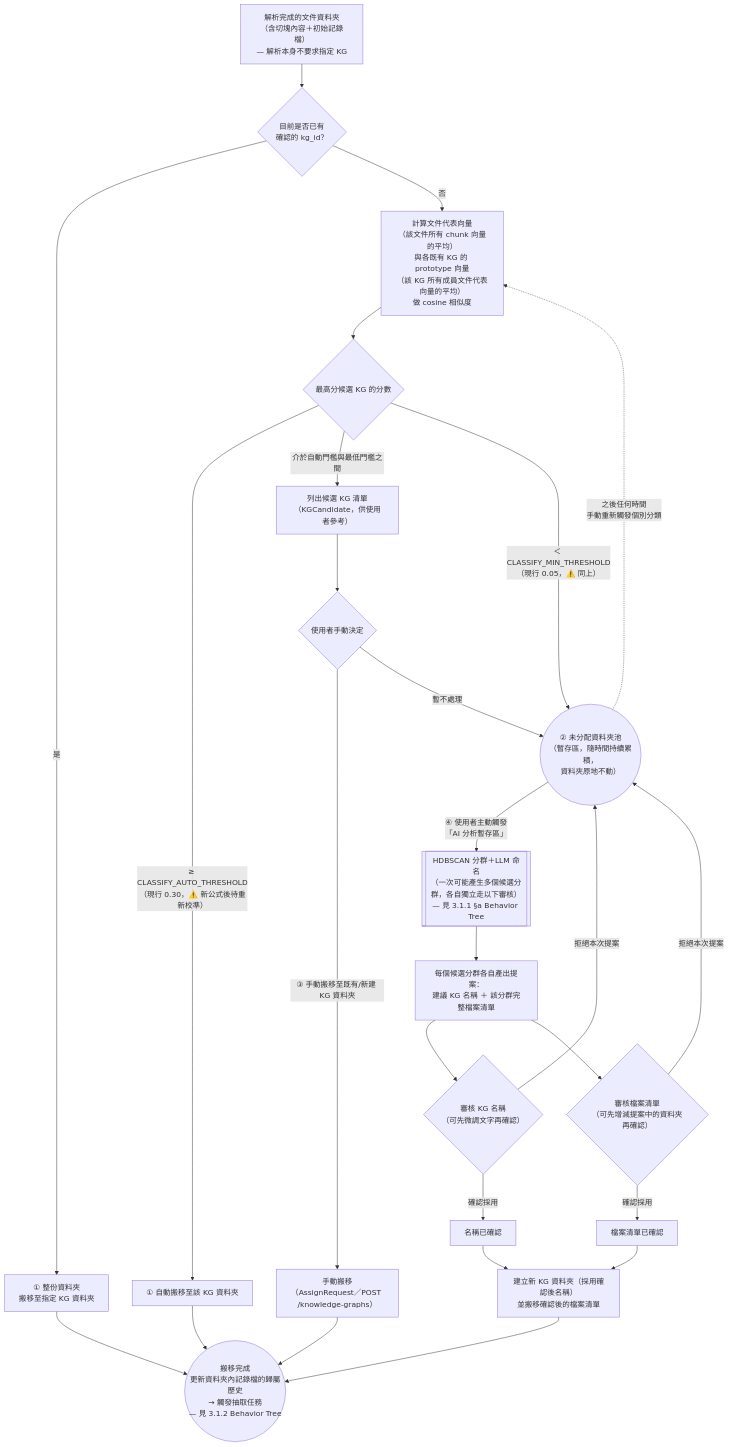
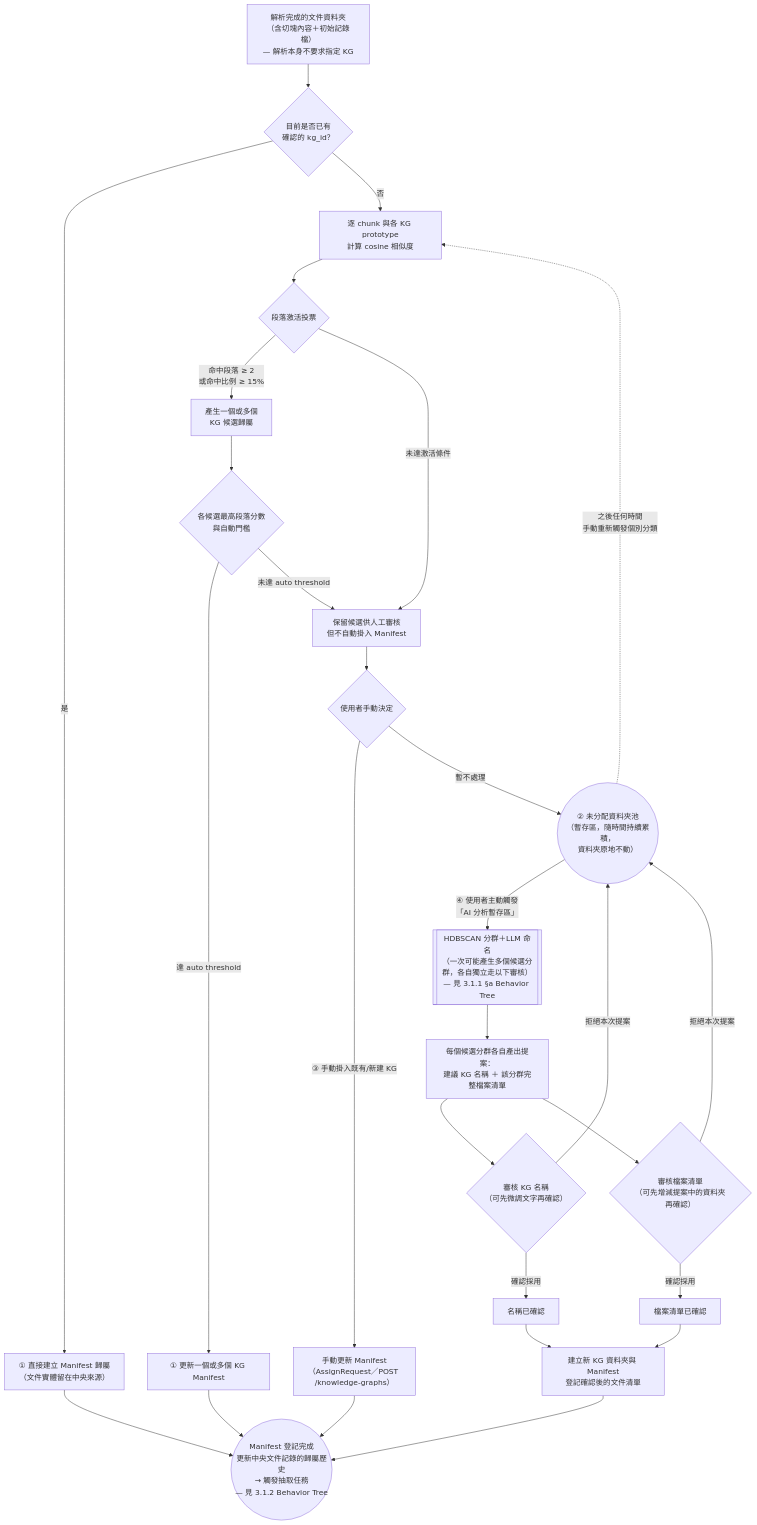
Before and after one commit to Chester930/world-knowledge-graph-rag: the second of 20 diagrams in docs/論文/03_系統設計與方法論.md, drawn with Mermaid. The commit also changed other lines of this file and 53 other files, not shown here.

````diff
--- a/docs/論文/03_系統設計與方法論.md
+++ b/docs/論文/03_系統設計與方法論.md
@@ -61,39 +65,41 @@
 ```mermaid
 flowchart TD
     TEXT["解析完成的文件資料夾<br/>（含切塊內容＋初始記錄檔）<br/>— 解析本身不要求指定 KG"] --> HASKG{"目前是否已有<br/>確認的 kg_id？"}
 
-    HASKG -->|是| FOLDER["① 整份資料夾<br/>搬移至指定 KG 資料夾"]
-    HASKG -->|否| CMP["計算文件代表向量<br/>（該文件所有 chunk 向量的平均）<br/>與各既有 KG 的 prototype 向量<br/>（該 KG 所有成員文件代表向量的平均）<br/>做 cosine 相似度"]
+    HASKG -->|是| DIRECT["① 直接建立 Manifest 歸屬<br/>（文件實體留在中央來源）"]
+    HASKG -->|否| CMP["逐 chunk 與各 KG prototype<br/>計算 cosine 相似度"]
 
-    CMP --> SCORE2{"最高分候選 KG 的分數"}
-    SCORE2 -->|"≥ CLASSIFY_AUTO_THRESHOLD<br/>（現行 0.30，⚠️ 新公式後待重新校準）"| AUTO["① 自動搬移至該 KG 資料夾"]
-    SCORE2 -->|"介於自動門檻與最低門檻之間"| SUGGEST["列出候選 KG 清單<br/>（KGCandidate，供使用者參考）"]
-    SCORE2 -->|"＜ CLASSIFY_MIN_THRESHOLD<br/>（現行 0.05，⚠️ 同上）"| POOL
+    CMP --> VOTE{"段落激活投票"}
+    VOTE -->|"命中段落 ≥ 2<br/>或命中比例 ≥ 15%"| ACTIVE["產生一個或多個<br/>KG 候選歸屬"]
+    VOTE -->|"未達激活條件"| SUGGEST["保留候選供人工審核<br/>但不自動掛入 Manifest"]
+    ACTIVE --> SCORE2{"各候選最高段落分數<br/>與自動門檻"}
+    SCORE2 -->|"達 auto threshold"| AUTO["① 更新一個或多個 KG Manifest"]
+    SCORE2 -->|"未達 auto threshold"| SUGGEST
 
     SUGGEST --> MANUAL{"使用者手動決定"}
-    MANUAL -->|"③ 手動搬移至既有/新建 KG 資料夾"| FOLDER2["手動搬移<br/>（AssignRequest／POST /knowledge-graphs）"]
+    MANUAL -->|"③ 手動掛入既有/新建 KG"| FOLDER2["手動更新 Manifest<br/>（AssignRequest／POST /knowledge-graphs）"]
     MANUAL -->|"暫不處理"| POOL
 
     POOL(("② 未分配資料夾池<br/>（暫存區，隨時間持續累積，<br/>資料夾原地不動）"))
     POOL -.->|"之後任何時間<br/>手動重新觸發個別分類"| CMP
 
     POOL -->|"④ 使用者主動觸發<br/>「AI 分析暫存區」"| AICLUSTER
     AICLUSTER[["HDBSCAN 分群＋LLM 命名<br/>（一次可能產生多個候選分群，各自獨立走以下審核）<br/>— 見 3.1.1 §a Behavior Tree"]]
     AICLUSTER --> PROPOSAL["每個候選分群各自產出提案：<br/>建議 KG 名稱 ＋ 該分群完整檔案清單"]
     PROPOSAL --> REVIEWNAME{"審核 KG 名稱<br/>（可先微調文字再確認）"}
     PROPOSAL --> REVIEWFILES{"審核檔案清單<br/>（可先增減提案中的資料夾再確認）"}
     REVIEWNAME -->|確認採用| NAMEOK["名稱已確認"]
     REVIEWNAME -->|拒絕本次提案| POOL
     REVIEWFILES -->|確認採用| FILESOK["檔案清單已確認"]
     REVIEWFILES -->|拒絕本次提案| POOL
     NAMEOK --> NEWKG3
     FILESOK --> NEWKG3
-    NEWKG3["建立新 KG 資料夾（採用確認後名稱）<br/>並搬移確認後的檔案清單"]
+    NEWKG3["建立新 KG 資料夾與 Manifest<br/>登記確認後的文件清單"]
 
-    FOLDER --> RECORD
+    DIRECT --> RECORD
     AUTO --> RECORD
     FOLDER2 --> RECORD
     NEWKG3 --> RECORD
 
-    RECORD(("搬移完成<br/>更新資料夾內記錄檔的歸屬歷史<br/>→ 觸發抽取任務<br/>— 見 3.1.2 Behavior Tree"))
+    RECORD(("Manifest 登記完成<br/>更新中央文件記錄的歸屬歷史<br/>→ 觸發抽取任務<br/>— 見 3.1.2 Behavior Tree"))
 ```
````
